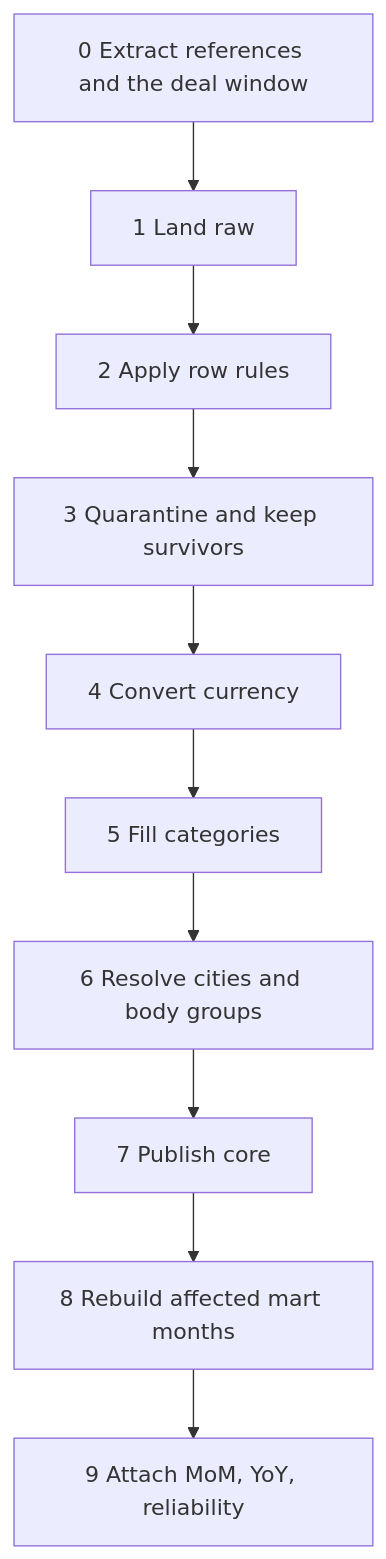
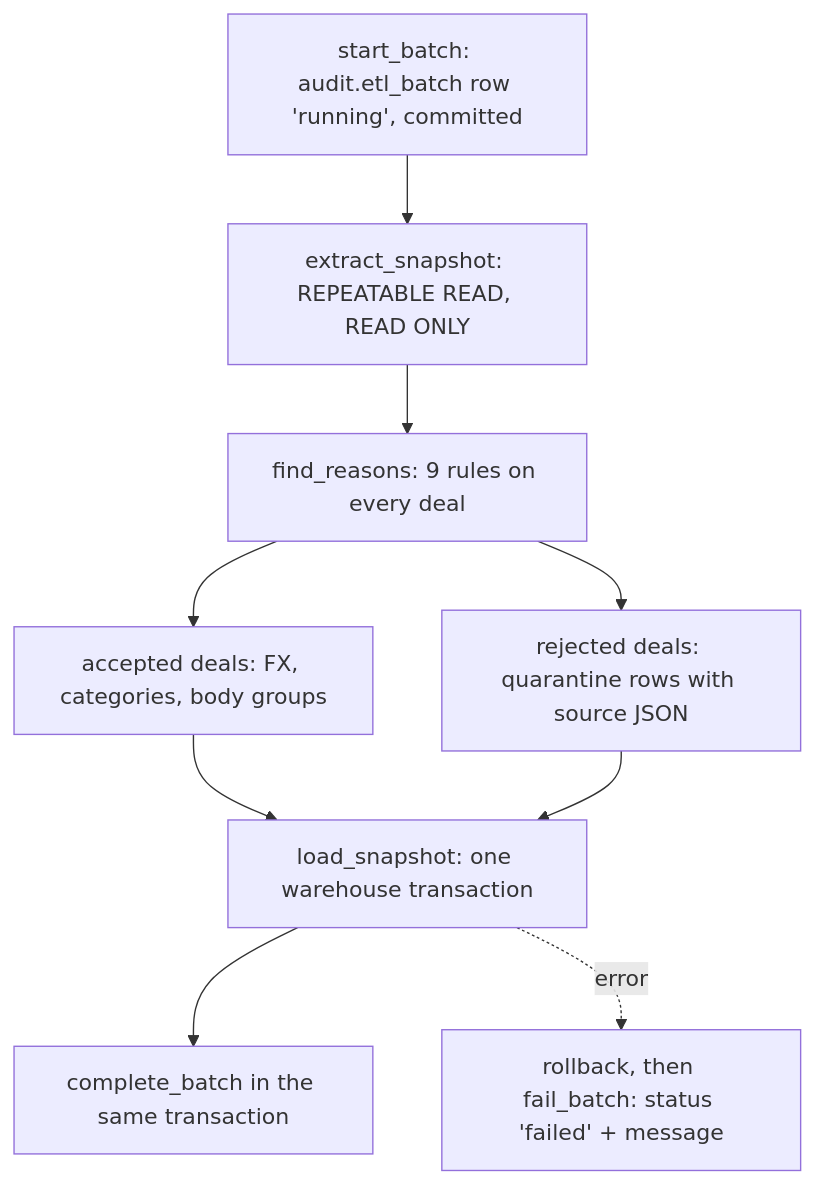
Before and after one commit to stackmesh/logistics-data-platform: the diagram in docs/etl_design.md, drawn with Mermaid. The commit also changed other lines of this file and 10 other files, not shown here.

````diff
--- a/docs/etl_design.md
+++ b/docs/etl_design.md
@@ -20,12 +24,11 @@
 ```mermaid
 flowchart TD
-  s0["0 Extract references and the deal window"] --> s1["1 Land raw"]
-  s1 --> s2["2 Apply row rules"]
-  s2 --> s3["3 Quarantine and keep survivors"]
-  s3 --> s4["4 Convert currency"]
-  s4 --> s5["5 Fill categories"]
-  s5 --> s6["6 Resolve cities and body groups"]
-  s6 --> s7["7 Publish core"]
-  s7 --> s8["8 Rebuild affected mart months"]
-  s8 --> s9["9 Attach MoM, YoY, reliability"]
+  b0["start_batch: audit.etl_batch row 'running', committed"] --> e["extract_snapshot: REPEATABLE READ, READ ONLY"]
+  e --> v["find_reasons: 9 rules on every deal"]
+  v --> q["rejected deals: quarantine rows with source JSON"]
+  v --> n["accepted deals: FX, categories, body groups"]
+  n --> l["load_snapshot: one warehouse transaction"]
+  q --> l
+  l --> c["complete_batch in the same transaction"]
+  l -. error .-> f["rollback, then fail_batch: status 'failed' + message"]
 ```
````
